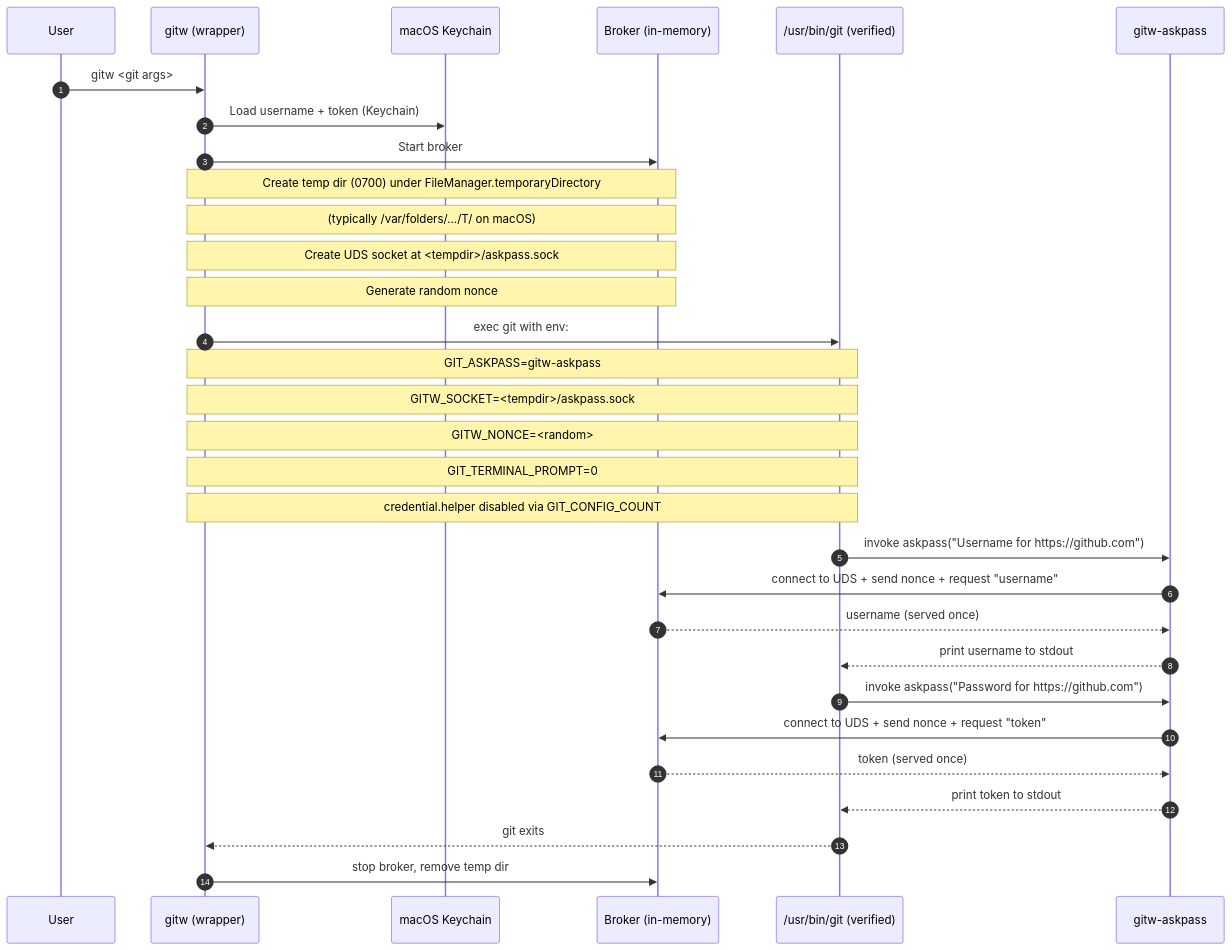
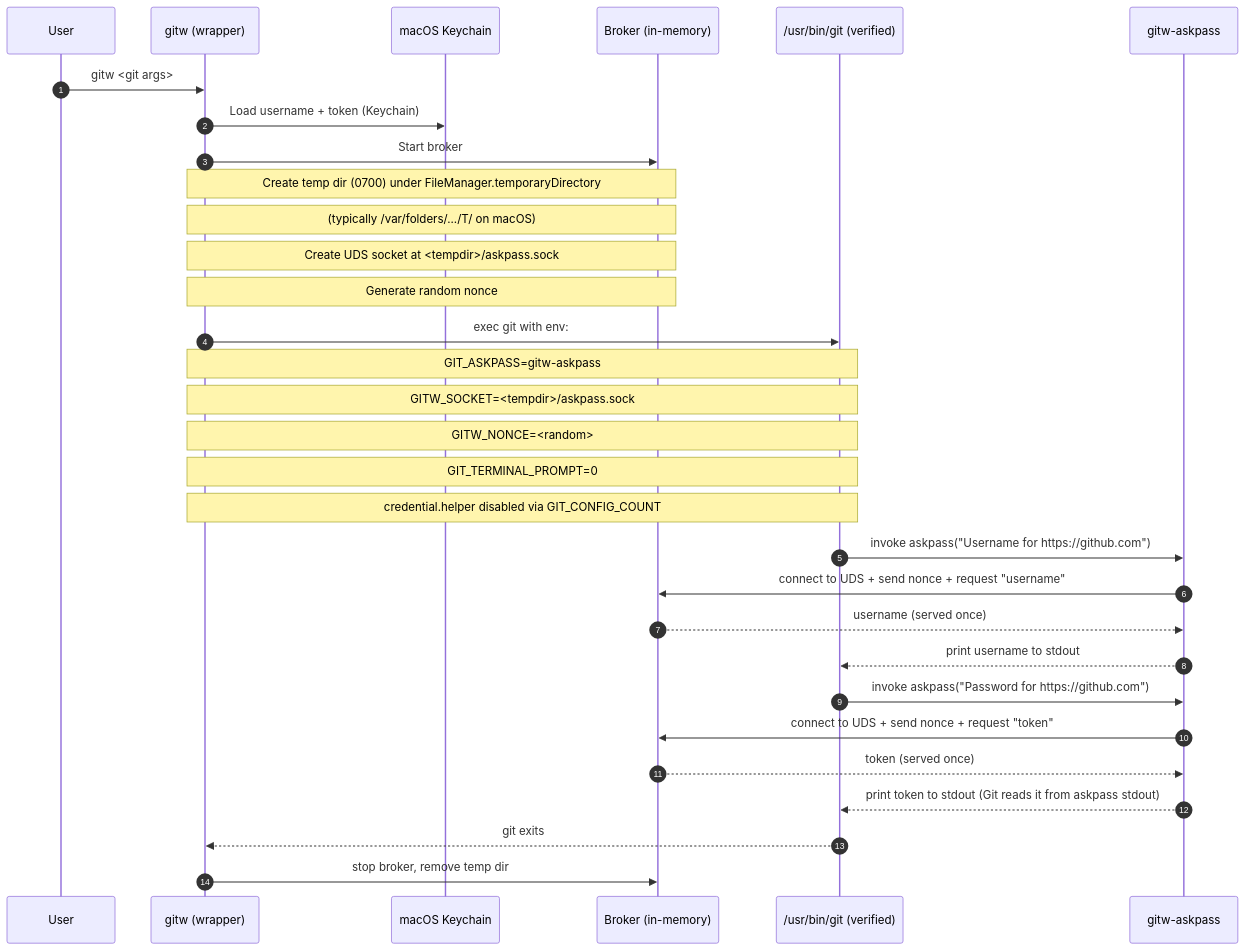
One commit to Martin-Tech-Labs/gitw changed the diagram in README.md. Above: the diagram before and after it, drawn with Mermaid. The commit also changed other lines of this file, not shown here.

Commit message:
docs: user-local install (no sudo), clarify token flow and askpass replacement risk

````diff
--- a/README.md
+++ b/README.md
@@ -133,37 +152,37 @@
 ```mermaid
 sequenceDiagram
   autonumber
   participant U as User
   participant W as gitw (wrapper)
   participant KC as macOS Keychain
   participant B as Broker (in-memory)
   participant G as /usr/bin/git (verified)
   participant A as gitw-askpass
 
   U->>W: gitw <git args>
   W->>KC: Load username + token (Keychain)
   W->>B: Start broker
   Note over W,B: Create temp dir (0700) under FileManager.temporaryDirectory
   Note over W,B: (typically /var/folders/.../T/ on macOS)
   Note over W,B: Create UDS socket at <tempdir>/askpass.sock
   Note over W,B: Generate random nonce
   W->>G: exec git with env:
   Note over W,G: GIT_ASKPASS=gitw-askpass
   Note over W,G: GITW_SOCKET=<tempdir>/askpass.sock
   Note over W,G: GITW_NONCE=<random>
   Note over W,G: GIT_TERMINAL_PROMPT=0
   Note over W,G: credential.helper disabled via GIT_CONFIG_COUNT
 
   G->>A: invoke askpass("Username for https://github.com")
   A->>B: connect to UDS + send nonce + request "username"
   B-->>A: username (served once)
   A-->>G: print username to stdout
 
   G->>A: invoke askpass("Password for https://github.com")
   A->>B: connect to UDS + send nonce + request "token"
   B-->>A: token (served once)
-  A-->>G: print token to stdout
+  A-->>G: print token to stdout (Git reads it from askpass stdout)
 
   G-->>W: git exits
   W->>B: stop broker, remove temp dir
 ```
````
